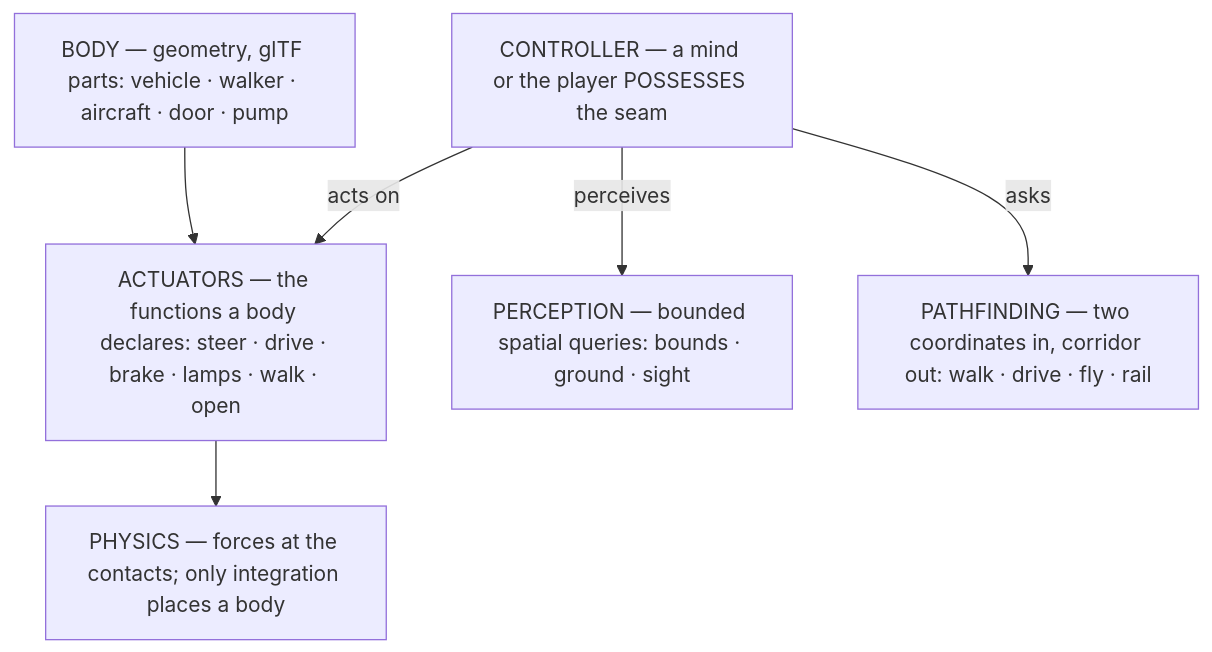
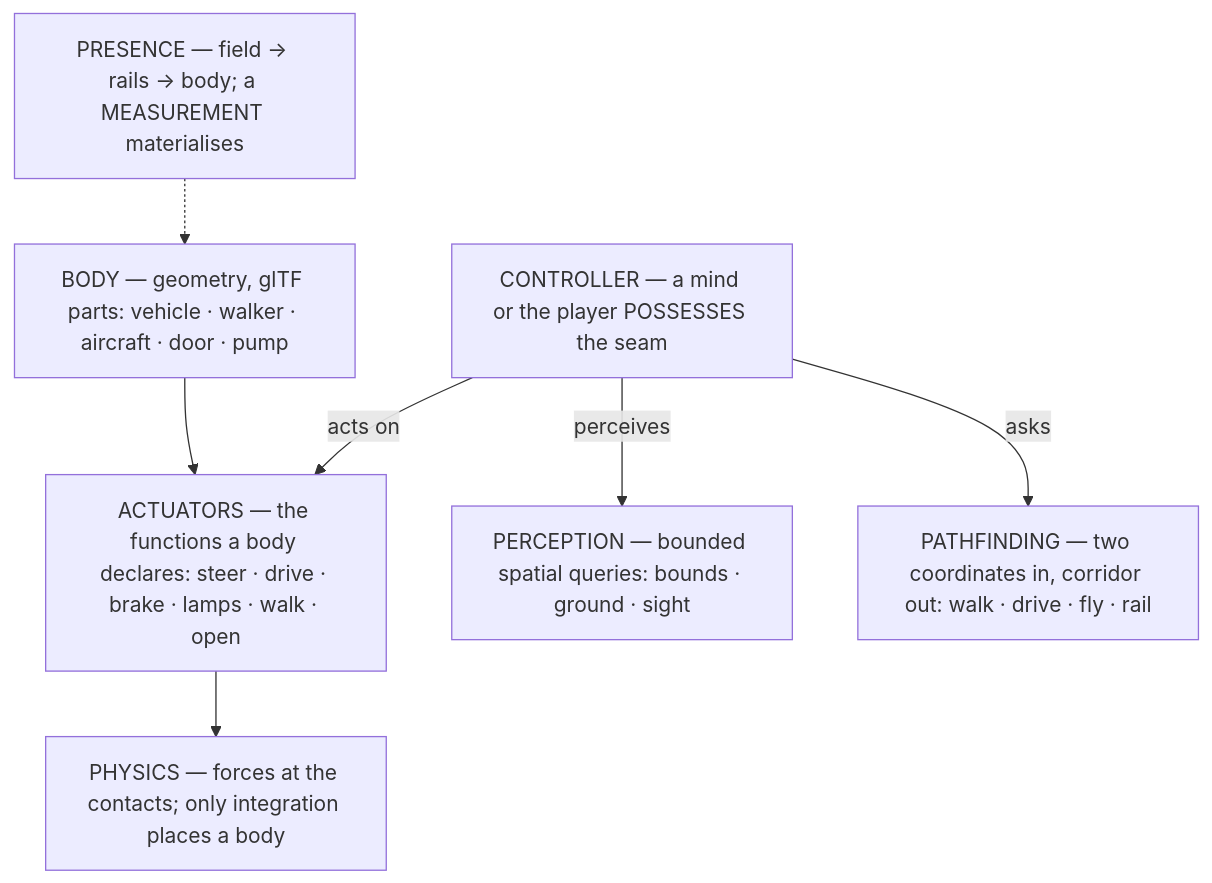
Before and after one commit to Weichwolf/outshine: the second of 11 diagrams in CLAUDE.md, drawn with Mermaid. The commit also changed other lines of this file, not shown here.

Commit message:
CLAUDE.md: presence enters the actor chain in one node -- the detail lives in the work item

````diff
--- a/CLAUDE.md
+++ b/CLAUDE.md
@@ -52,9 +52,10 @@
 ```mermaid
 flowchart TD
   B["BODY — geometry, glTF parts: vehicle · walker · aircraft · door · pump"]
   B --> A["ACTUATORS — the functions a body declares: steer · drive · brake · lamps · walk · open"]
   A --> P["PHYSICS — forces at the contacts; only integration places a body"]
   C["CONTROLLER — a mind or the player POSSESSES the seam"] -->|acts on| A
   C -->|perceives| Q["PERCEPTION — bounded spatial queries: bounds · ground · sight"]
   C -->|asks| N["PATHFINDING — two coordinates in, corridor out: walk · drive · fly · rail"]
+  PR["PRESENCE — field → rails → body; a MEASUREMENT materialises"] -.-> B
 ```
````
